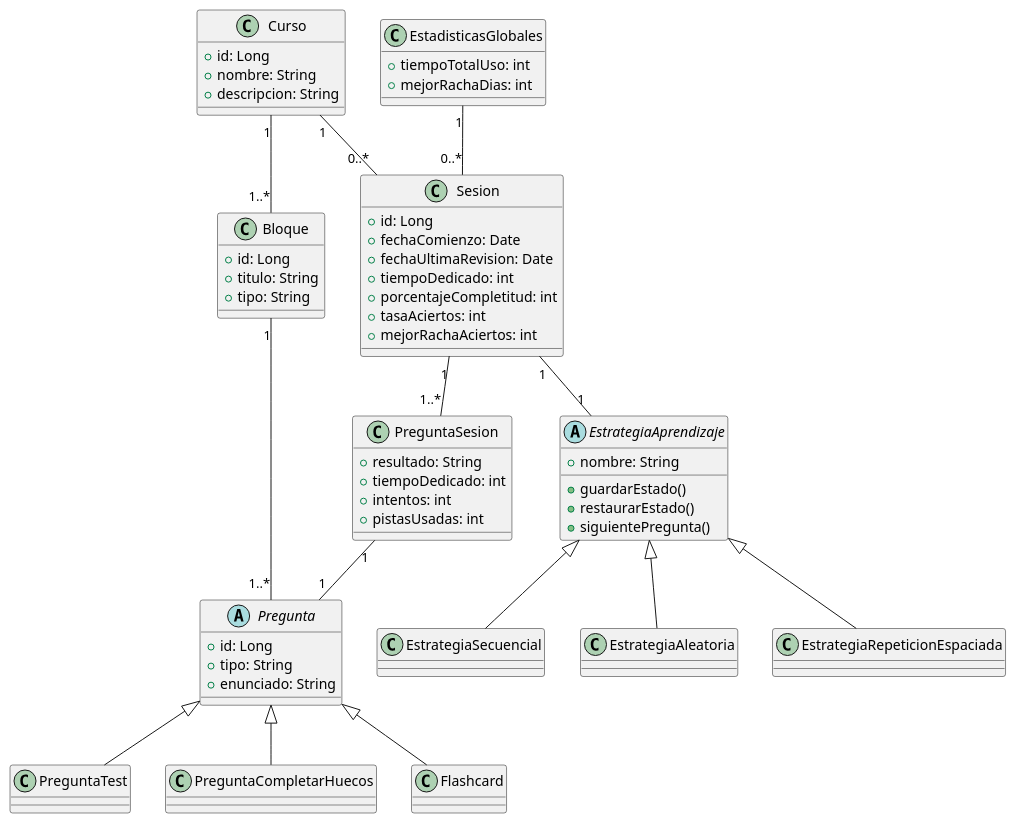
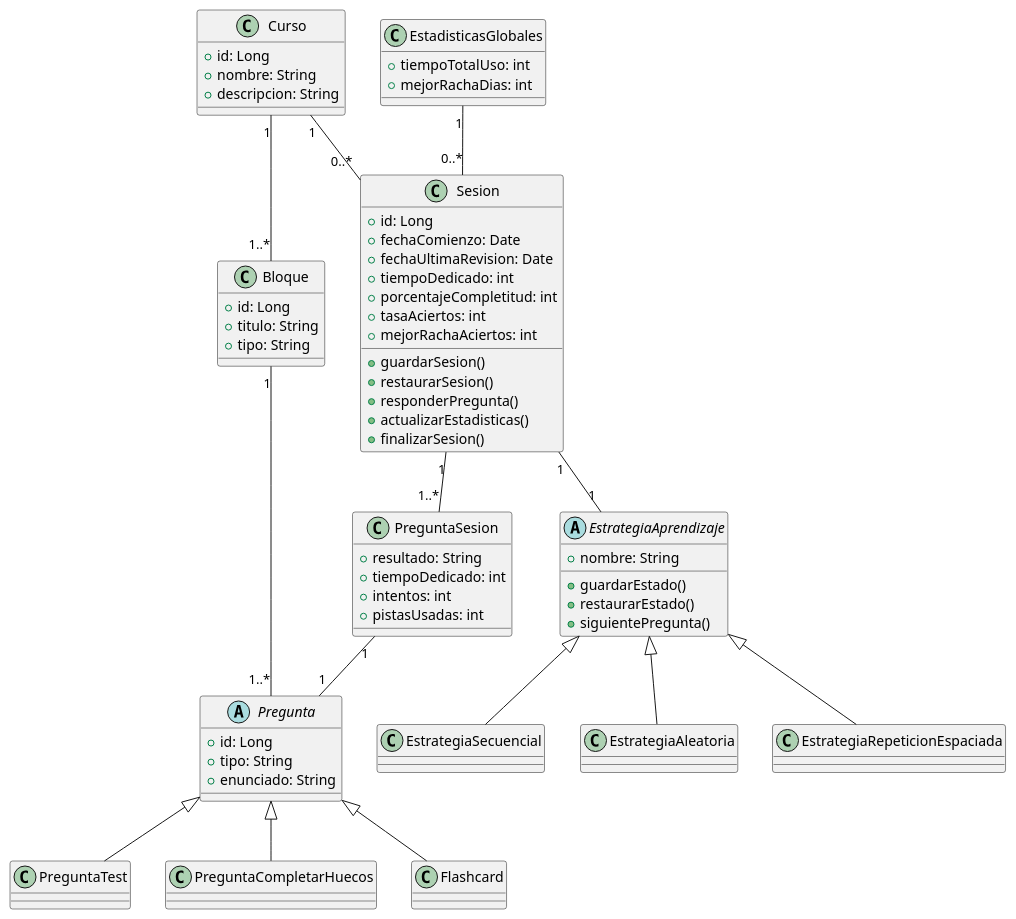
The diagram in doc/pds-clases.puml (jjrp1/pds-2025-final), drawn with PlantUML before and after one commit. The commit also changed 6 other files, not shown here.

```diff
--- a/doc/pds-clases.puml
+++ b/doc/pds-clases.puml
@@ -1,63 +1,69 @@
 @startuml clases 
 class Curso {
   +id: Long
   +nombre: String
   +descripcion: String
 }
 class Bloque {
   +id: Long
   +titulo: String
   +tipo: String
 }
 abstract class Pregunta {
   +id: Long
   +tipo: String
   +enunciado: String
 }
 class PreguntaTest
 class PreguntaCompletarHuecos
 class Flashcard
 
 class Sesion {
   +id: Long
   +fechaComienzo: Date
   +fechaUltimaRevision: Date
   +tiempoDedicado: int
   +porcentajeCompletitud: int
   +tasaAciertos: int
   +mejorRachaAciertos: int
+  +guardarSesion()
+  +restaurarSesion()
+  +responderPregunta()
+  +actualizarEstadisticas()
+  +finalizarSesion()  
 }
+
 class PreguntaSesion {
   +resultado: String
   +tiempoDedicado: int
   +intentos: int
   +pistasUsadas: int
 }
 abstract class EstrategiaAprendizaje {
   +nombre: String
   +guardarEstado()
   +restaurarEstado()
   +siguientePregunta()
 }
 class EstrategiaSecuencial
 class EstrategiaAleatoria
 class EstrategiaRepeticionEspaciada
 class EstadisticasGlobales {
   +tiempoTotalUso: int
   +mejorRachaDias: int
 }
 
 Curso "1" -- "1..*" Bloque
 Bloque "1" -- "1..*" Pregunta
 Pregunta <|-- PreguntaTest
 Pregunta <|-- PreguntaCompletarHuecos
 Pregunta <|-- Flashcard
 Curso "1" -- "0..*" Sesion
 Sesion "1" -- "1" EstrategiaAprendizaje
 Sesion "1" -- "1..*" PreguntaSesion
 PreguntaSesion "1" -- "1" Pregunta
 EstadisticasGlobales "1" -- "0..*" Sesion
 EstrategiaAprendizaje <|-- EstrategiaSecuencial
 EstrategiaAprendizaje <|-- EstrategiaAleatoria
 EstrategiaAprendizaje <|-- EstrategiaRepeticionEspaciada
 @enduml
```
